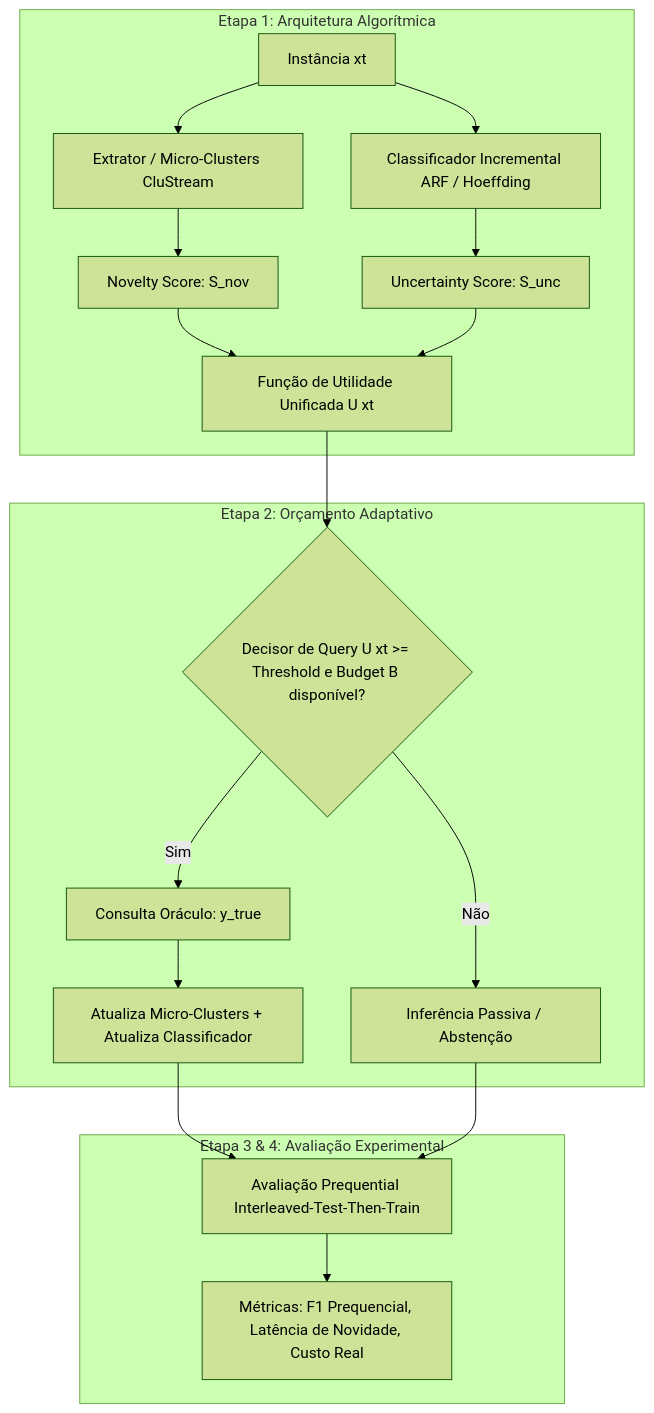
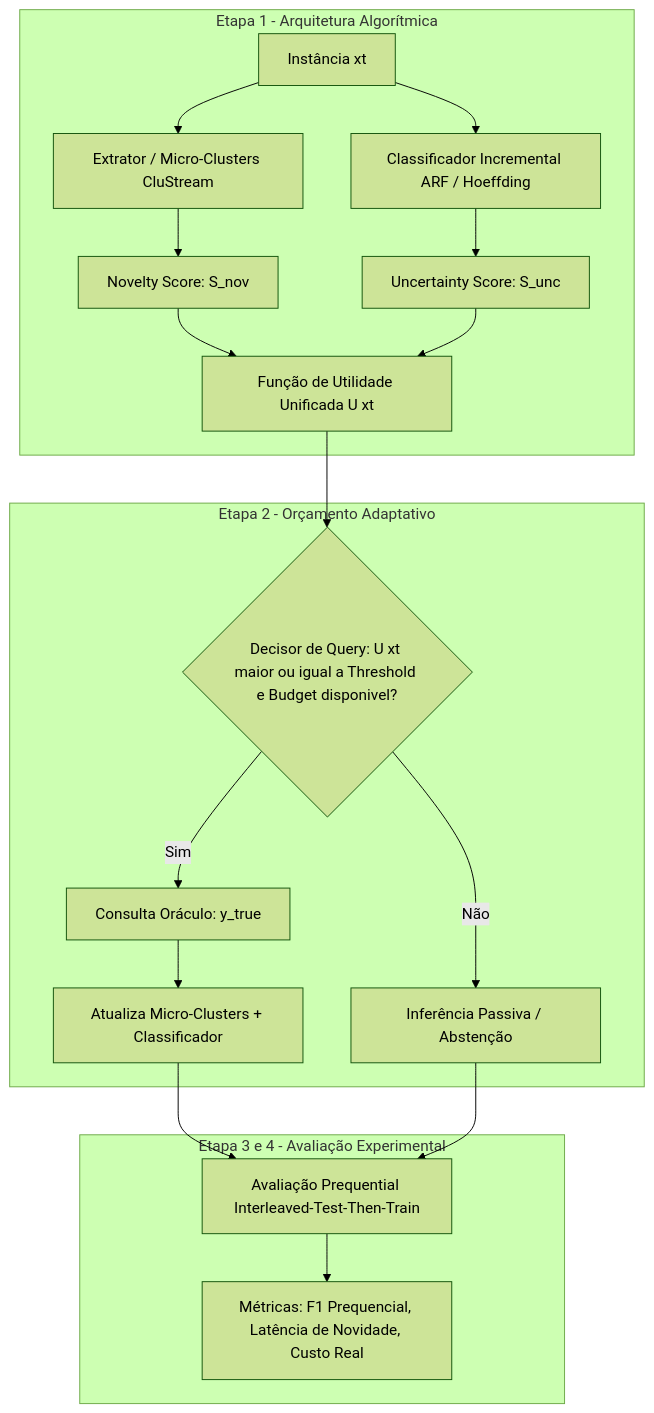
The diagram in exploracao/p1_active_learning_novelty_streams.md (sschettinii/projeto-integrado-cdia), drawn with Mermaid (forest theme) before and after one commit. The commit also changed 1 other file, not shown here.

Commit message:
docs: adicionei sessão ml vs matematica como estado da arte

````diff
--- a/exploracao/p1_active_learning_novelty_streams.md
+++ b/exploracao/p1_active_learning_novelty_streams.md
@@ -46,23 +46,24 @@
 ```mermaid
 flowchart TD
-    subgraph Etapa 1: Arquitetura Algorítmica
+    subgraph Etapa_1 [Etapa 1 - Arquitetura Algorítmica]
         A[Instância xt] --> B[Extrator / Micro-Clusters CluStream]
         A --> C[Classificador Incremental ARF / Hoeffding]
         B --> D[Novelty Score: S_nov]
         C --> E[Uncertainty Score: S_unc]
-        D & E --> F[Função de Utilidade Unificada U xt]
+        D --> F[Função de Utilidade Unificada U xt]
+        E --> F
     end
 
-    subgraph Etapa 2: Orçamento Adaptativo
-        F --> G{Decisor de Query U xt >= Threshold e Budget B disponível?}
+    subgraph Etapa_2 [Etapa 2 - Orçamento Adaptativo]
+        F --> G{Decisor de Query: U xt maior ou igual a Threshold e Budget disponivel?}
         G -->|Sim| H[Consulta Oráculo: y_true]
         G -->|Não| I[Inferência Passiva / Abstenção]
-        H --> J[Atualiza Micro-Clusters + Atualiza Classificador]
+        H --> J[Atualiza Micro-Clusters + Classificador]
     end
 
-    subgraph Etapa 3 & 4: Avaliação Experimental
+    subgraph Etapa_3_4 [Etapa 3 e 4 - Avaliação Experimental]
         J --> K[Avaliação Prequential Interleaved-Test-Then-Train]
         I --> K
         K --> L[Métricas: F1 Prequencial, Latência de Novidade, Custo Real]
     end
 ```
````
